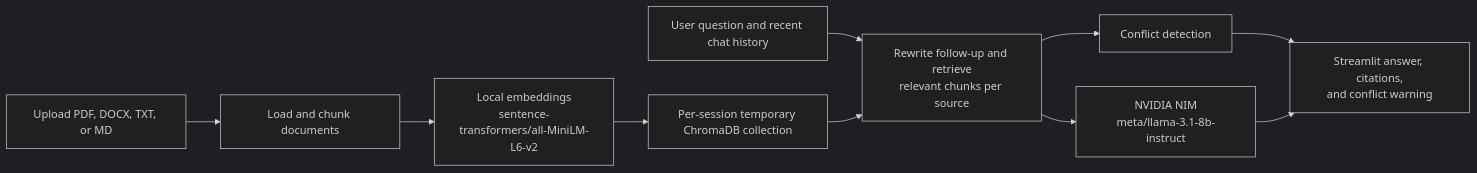
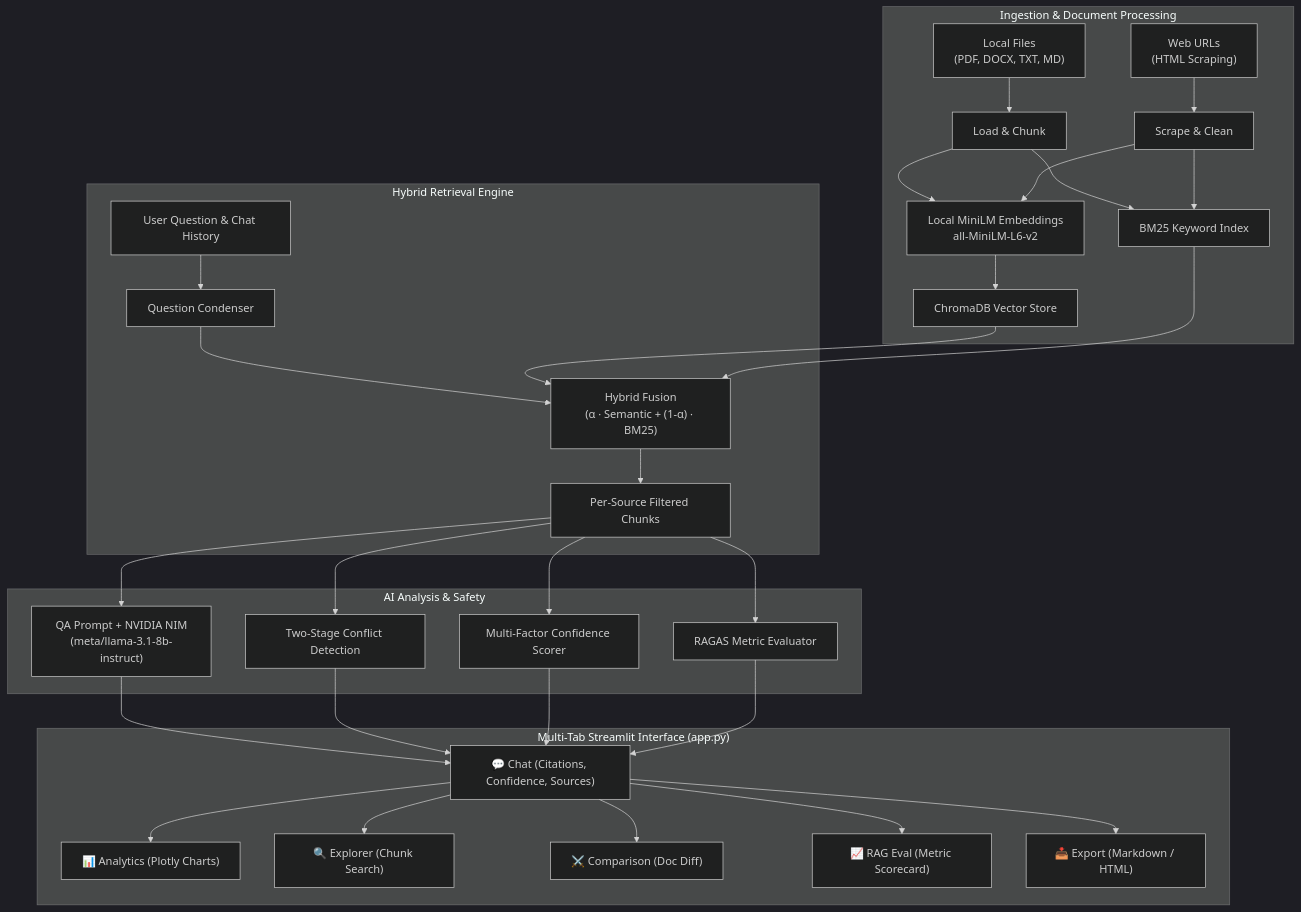
One commit to Auric-Coder/MultiDocChat changed the diagram in README.md. Above: the diagram before and after it, drawn with Mermaid (dark theme). The commit also changed other lines of this file and 3 other files, not shown here.

````diff
--- a/README.md
+++ b/README.md
@@ -35,12 +32,34 @@
 ```mermaid
-flowchart LR
-    U["Upload PDF, DOCX, TXT, or MD"] --> L["Load and chunk documents"]
-    L --> E["Local embeddings\nsentence-transformers/all-MiniLM-L6-v2"]
-    E --> V["Per-session temporary ChromaDB collection"]
-    Q["User question and recent chat history"] --> R["Rewrite follow-up and retrieve\nrelevant chunks per source"]
-    V --> R
-    R --> C["Conflict detection"]
-    R --> N["NVIDIA NIM\nmeta/llama-3.1-8b-instruct"]
-    C --> S["Streamlit answer, citations,\nand conflict warning"]
-    N --> S
+flowchart TD
+    subgraph Ingestion ["Ingestion & Document Processing"]
+        F["Local Files\n(PDF, DOCX, TXT, MD)"] --> L["Load & Chunk"]
+        U["Web URLs\n(HTML Scraping)"] --> S["Scrape & Clean"]
+        L & S --> K["BM25 Keyword Index"]
+        L & S --> E["Local MiniLM Embeddings\nall-MiniLM-L6-v2"]
+        E --> V["ChromaDB Vector Store"]
+    end
+
+    subgraph Retrieval ["Hybrid Retrieval Engine"]
+        Q["User Question & Chat History"] --> C["Question Condenser"]
+        C --> H["Hybrid Fusion\n(α · Semantic + (1-α) · BM25)"]
+        V --> H
+        K --> H
+        H --> R["Per-Source Filtered Chunks"]
+    end
+
+    subgraph Intelligence ["AI Analysis & Safety"]
+        R --> QA["QA Prompt + NVIDIA NIM\n(meta/llama-3.1-8b-instruct)"]
+        R --> CD["Two-Stage Conflict Detection"]
+        R --> CS["Multi-Factor Confidence Scorer"]
+        R --> EV["RAGAS Metric Evaluator"]
+    end
+
+    subgraph UI ["Multi-Tab Streamlit Interface (app.py)"]
+        QA & CD & CS & EV --> TAB1["💬 Chat (Citations, Confidence, Sources)"]
+        TAB1 --> TAB2["📊 Analytics (Plotly Charts)"]
+        TAB1 --> TAB3["🔍 Explorer (Chunk Search)"]
+        TAB1 --> TAB4["⚔️ Comparison (Doc Diff)"]
+        TAB1 --> TAB5["📈 RAG Eval (Metric Scorecard)"]
+        TAB1 --> TAB6["📥 Export (Markdown / HTML)"]
+    end
 ```
````
